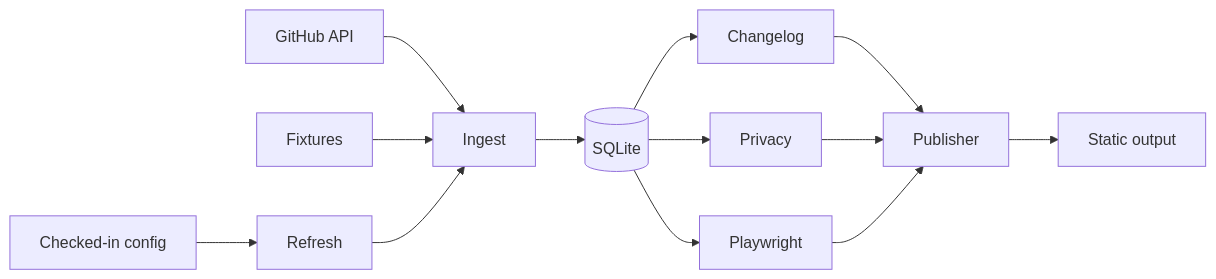
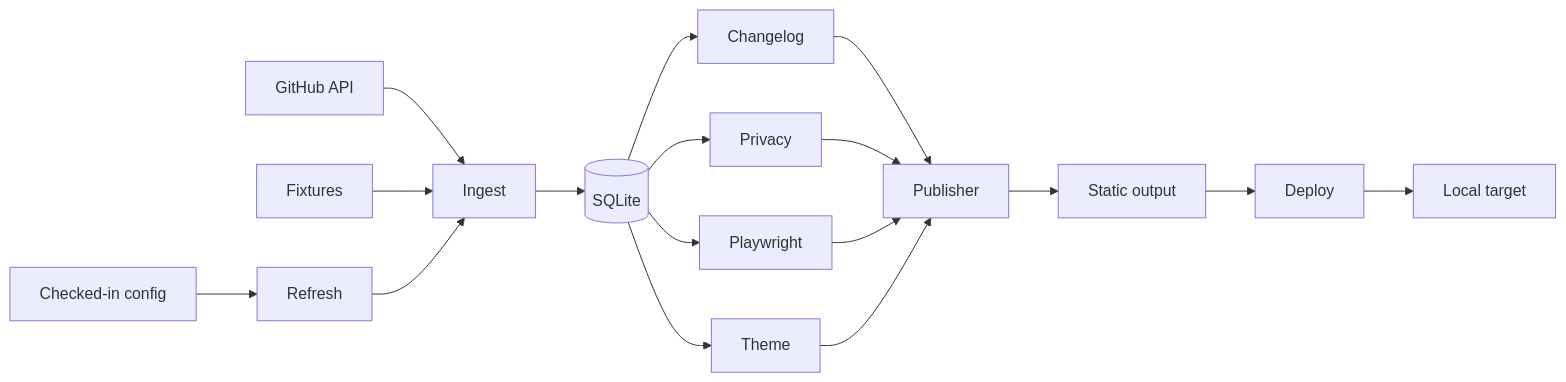
One commit to DanielCuevas1208/engineer-profile changed the diagram in README.md. Above: the diagram before and after it, drawn with Mermaid. The commit also changed other lines of this file and 18 other files, not shown here.

````diff
--- a/README.md
+++ b/README.md
@@ -20,15 +22,19 @@
 ```mermaid
 flowchart LR
   C[Checked-in config] --> R[Refresh]
   G[GitHub API] --> I[Ingest]
   F[Fixtures] --> I
   R --> I
   I --> D[(SQLite)]
   D --> L[Changelog]
   D --> P[Privacy]
   D --> S[Playwright]
+  D --> T[Theme]
   L --> W[Publisher]
   P --> W
   S --> W
+  T --> W
   W --> O[Static output]
+  O --> A[Deploy]
+  A --> N[Local target]
 ```
````
